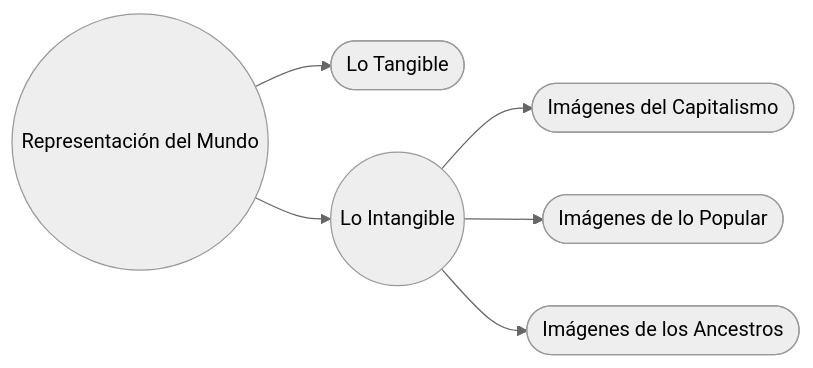
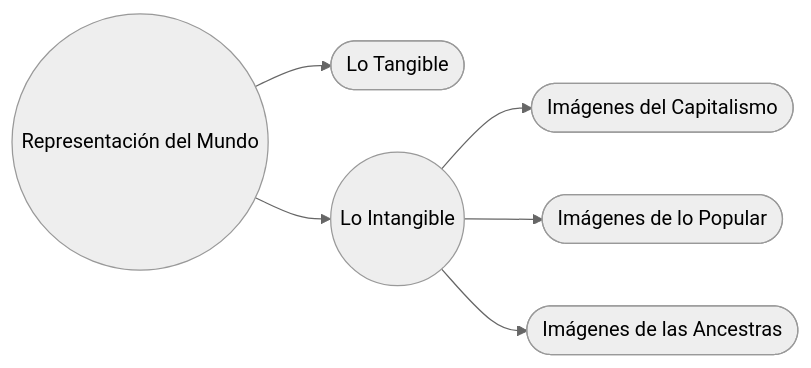
One commit to EGGS-Artesvisuales/EGGS-Artesvisuales.github.io changed the diagram in ES/intangible.md. Above: the diagram before and after it, drawn with Mermaid (neutral theme). The commit also changed other lines of this file and 77 other files, not shown here.

```diff
--- a/ES/intangible.md
+++ b/ES/intangible.md
@@ -30,17 +32,17 @@
 <div class="mermaid">
 graph LR
     Representacion(("Representación del Mundo"))
     Representacion --> Tangible(["Lo Tangible"])
     Representacion --> Intangible(("Lo Intangible"))
 
     Intangible --> Capitalismo(["Imágenes del Capitalismo"])
     Intangible --> Popular(["Imágenes de lo Popular"])
-    Intangible --> Ancestros(["Imágenes de los Ancestros"])
+    Intangible --> Ancestras(["Imágenes de las Ancestras"])
 
     click Representacion "/ES/mundo-exterior.html" "Ir a Representación del Mundo"
     click Tangible "/ES/tangible.html" "Ir a Lo Tangible"
     click Intangible "/ES/intangible.html" "Ir a Lo Intangible"
     click Capitalismo "/ES/imagenes-capitalismo.html" "Ir a Imágenes del Capitalismo"
     click Popular "/ES/imagenes-popular.html" "Ir a Imágenes de lo Popular"
-    click Ancestros "/ES/imagenes-ancestros.html" "Ir a Imágenes de los Ancestros"
+    click Ancestras "/ES/imagenes-ancestros.html" "Ir a Imágenes de las Ancestras"
 </div>
```
